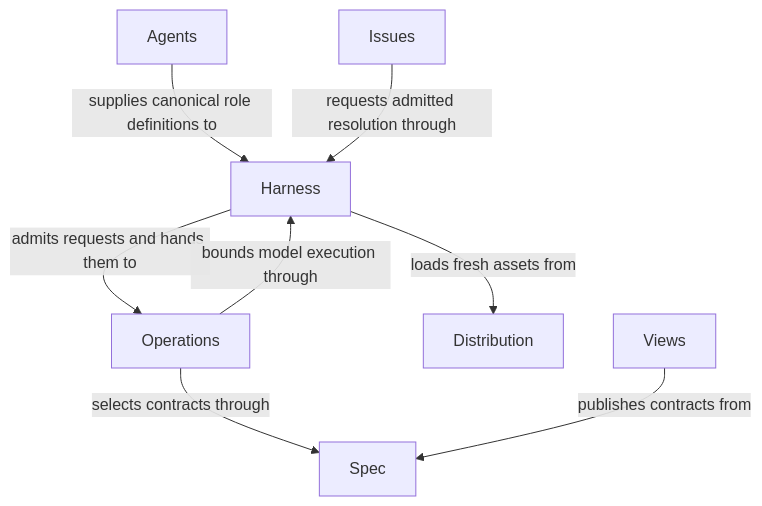
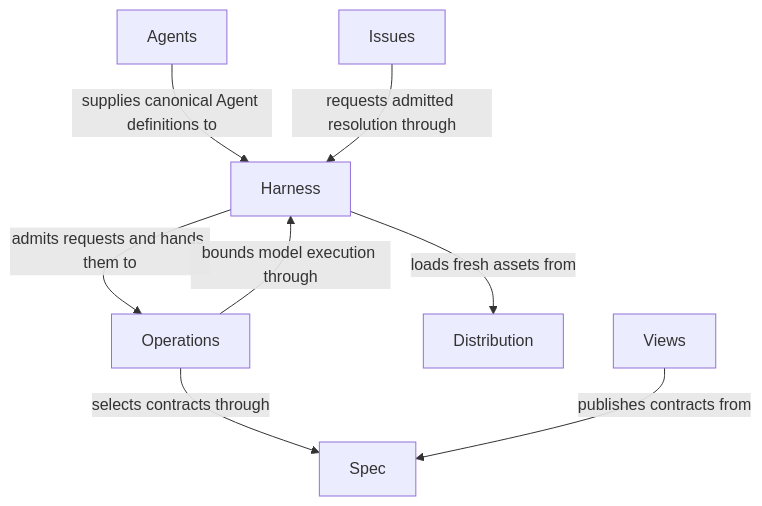
One commit to FTOD/concorde changed the diagram in specs/concorde/module.md. Above: the diagram before and after it, drawn with Mermaid. The commit also changed other lines of this file and 101 other files, not shown here.

````diff
--- a/specs/concorde/module.md
+++ b/specs/concorde/module.md
@@ -149,19 +150,19 @@
 ```mermaid
 flowchart TB
     accTitle: Operations and shared execution services
     accDescr: Harness admits every request and hands it to Operations, which dispatches it to the behavior provider that owns it. Operations bounds model execution through Harness and selects contracts through Spec. Distribution, Issues and Views support distinct Agent, Workflow, Operation and Host-service execution kinds without changing Module ownership.
     agents["Agents"]
     operations["Operations"]
     harness["Harness"]
     spec["Spec"]
     distribution["Distribution"]
     issues["Issues"]
     views["Views"]
-    agents -->|supplies canonical role definitions to| harness
+    agents -->|supplies canonical Agent definitions to| harness
     harness -->|admits requests and hands them to| operations
     operations -->|bounds model execution through| harness
     operations -->|selects contracts through| spec
     harness -->|loads fresh assets from| distribution
     issues -->|requests admitted resolution through| harness
     views -->|publishes contracts from| spec
 ```
````
